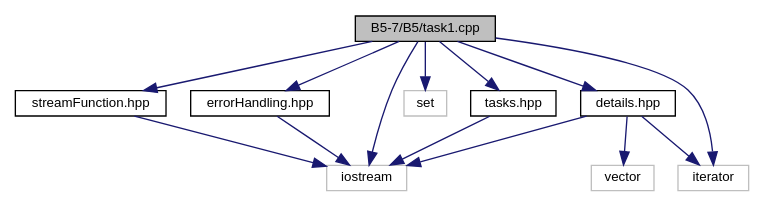
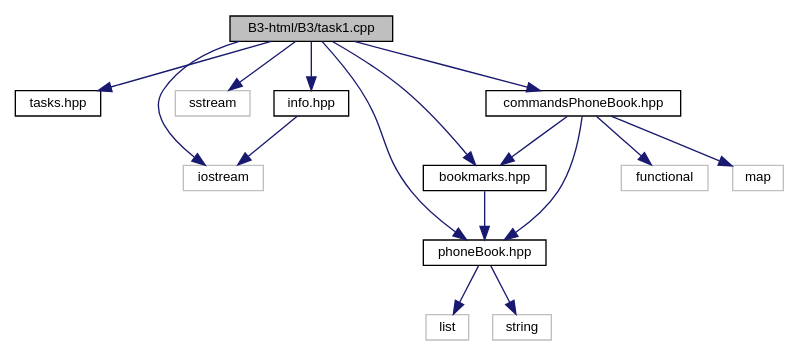
One commit to foxthere/foxthere.github.io changed the diagram in task1_8cpp__incl.dot. Above: the diagram before and after it, drawn with Graphviz. The commit also changed 309 other files, not shown here.

```diff
--- a/task1_8cpp__incl.dot
+++ b/task1_8cpp__incl.dot
@@ -1,28 +1,33 @@
-digraph "B5-7/B5/task1.cpp"
+digraph "B3-html/B3/task1.cpp"
 {
  // LATEX_PDF_SIZE
   edge [fontname="Helvetica",fontsize="10",labelfontname="Helvetica",labelfontsize="10"];
   node [fontname="Helvetica",fontsize="10",shape=record];
-  Node1 [label="B5-7/B5/task1.cpp",height=0.2,width=0.4,color="black", fillcolor="grey75", style="filled", fontcolor="black",tooltip=" "];
+  Node1 [label="B3-html/B3/task1.cpp",height=0.2,width=0.4,color="black", fillcolor="grey75", style="filled", fontcolor="black",tooltip=" "];
   Node1 -> Node2 [color="midnightblue",fontsize="10",style="solid",fontname="Helvetica"];
   Node2 [label="tasks.hpp",height=0.2,width=0.4,color="black", fillcolor="white", style="filled",URL="$tasks_8hpp.html",tooltip=" "];
-  Node2 -> Node3 [color="midnightblue",fontsize="10",style="solid",fontname="Helvetica"];
+  Node1 -> Node3 [color="midnightblue",fontsize="10",style="solid",fontname="Helvetica"];
   Node3 [label="iostream",height=0.2,width=0.4,color="grey75", fillcolor="white", style="filled",tooltip=" "];
-  Node1 -> Node3 [color="midnightblue",fontsize="10",style="solid",fontname="Helvetica"];
   Node1 -> Node4 [color="midnightblue",fontsize="10",style="solid",fontname="Helvetica"];
-  Node4 [label="iterator",height=0.2,width=0.4,color="grey75", fillcolor="white", style="filled",tooltip=" "];
+  Node4 [label="sstream",height=0.2,width=0.4,color="grey75", fillcolor="white", style="filled",tooltip=" "];
   Node1 -> Node5 [color="midnightblue",fontsize="10",style="solid",fontname="Helvetica"];
-  Node5 [label="set",height=0.2,width=0.4,color="grey75", fillcolor="white", style="filled",tooltip=" "];
-  Node1 -> Node6 [color="midnightblue",fontsize="10",style="solid",fontname="Helvetica"];
-  Node6 [label="details.hpp",height=0.2,width=0.4,color="black", fillcolor="white", style="filled",URL="$details_8hpp.html",tooltip=" "];
-  Node6 -> Node7 [color="midnightblue",fontsize="10",style="solid",fontname="Helvetica"];
-  Node7 [label="vector",height=0.2,width=0.4,color="grey75", fillcolor="white", style="filled",tooltip=" "];
-  Node6 -> Node3 [color="midnightblue",fontsize="10",style="solid",fontname="Helvetica"];
-  Node6 -> Node4 [color="midnightblue",fontsize="10",style="solid",fontname="Helvetica"];
+  Node5 [label="phoneBook.hpp",height=0.2,width=0.4,color="black", fillcolor="white", style="filled",URL="$phone_book_8hpp.html",tooltip=" "];
+  Node5 -> Node6 [color="midnightblue",fontsize="10",style="solid",fontname="Helvetica"];
+  Node6 [label="list",height=0.2,width=0.4,color="grey75", fillcolor="white", style="filled",tooltip=" "];
+  Node5 -> Node7 [color="midnightblue",fontsize="10",style="solid",fontname="Helvetica"];
+  Node7 [label="string",height=0.2,width=0.4,color="grey75", fillcolor="white", style="filled",tooltip=" "];
   Node1 -> Node8 [color="midnightblue",fontsize="10",style="solid",fontname="Helvetica"];
-  Node8 [label="streamFunction.hpp",height=0.2,width=0.4,color="black", fillcolor="white", style="filled",URL="$stream_function_8hpp.html",tooltip=" "];
-  Node8 -> Node3 [color="midnightblue",fontsize="10",style="solid",fontname="Helvetica"];
+  Node8 [label="bookmarks.hpp",height=0.2,width=0.4,color="black", fillcolor="white", style="filled",URL="$bookmarks_8hpp.html",tooltip=" "];
+  Node8 -> Node5 [color="midnightblue",fontsize="10",style="solid",fontname="Helvetica"];
   Node1 -> Node9 [color="midnightblue",fontsize="10",style="solid",fontname="Helvetica"];
-  Node9 [label="errorHandling.hpp",height=0.2,width=0.4,color="black", fillcolor="white", style="filled",URL="$error_handling_8hpp.html",tooltip=" "];
-  Node9 -> Node3 [color="midnightblue",fontsize="10",style="solid",fontname="Helvetica"];
+  Node9 [label="commandsPhoneBook.hpp",height=0.2,width=0.4,color="black", fillcolor="white", style="filled",URL="$commands_phone_book_8hpp.html",tooltip=" "];
+  Node9 -> Node10 [color="midnightblue",fontsize="10",style="solid",fontname="Helvetica"];
+  Node10 [label="functional",height=0.2,width=0.4,color="grey75", fillcolor="white", style="filled",tooltip=" "];
+  Node9 -> Node11 [color="midnightblue",fontsize="10",style="solid",fontname="Helvetica"];
+  Node11 [label="map",height=0.2,width=0.4,color="grey75", fillcolor="white", style="filled",tooltip=" "];
+  Node9 -> Node5 [color="midnightblue",fontsize="10",style="solid",fontname="Helvetica"];
+  Node9 -> Node8 [color="midnightblue",fontsize="10",style="solid",fontname="Helvetica"];
+  Node1 -> Node12 [color="midnightblue",fontsize="10",style="solid",fontname="Helvetica"];
+  Node12 [label="info.hpp",height=0.2,width=0.4,color="black", fillcolor="white", style="filled",URL="$info_8hpp.html",tooltip=" "];
+  Node12 -> Node3 [color="midnightblue",fontsize="10",style="solid",fontname="Helvetica"];
 }
```
